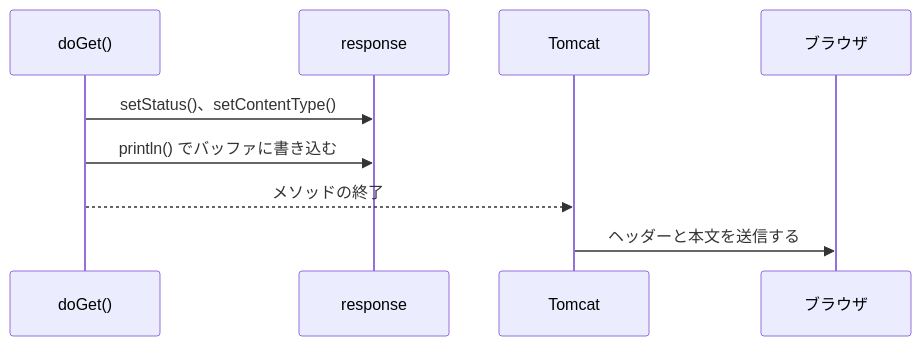
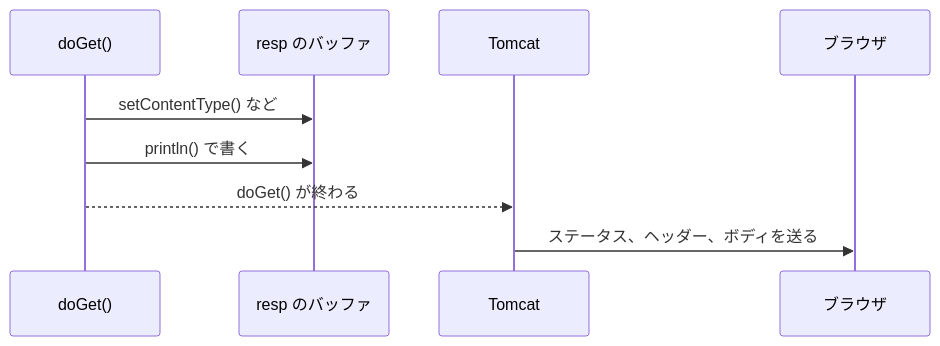
Before and after one commit to Appricot144/teaching-material: the diagram in servlet/04-html-response/03-response-commit.md, drawn with Mermaid. The commit also changed other lines of this file and 3 other files, not shown here.

````diff
--- a/servlet/04-html-response/03-response-commit.md
+++ b/servlet/04-html-response/03-response-commit.md
@@ -11,11 +13,11 @@
 ```mermaid
 sequenceDiagram
     participant S as doGet()
-    participant R as response
+    participant R as resp のバッファ
     participant T as Tomcat
     participant B as ブラウザ
-    S->>R: setStatus()、setContentType()
-    S->>R: println() でバッファに書き込む
-    S-->>T: メソッドの終了
-    T->>B: ヘッダーと本文を送信する
+    S->>R: setContentType() など
+    S->>R: println() で書く
+    S-->>T: doGet() が終わる
+    T->>B: ステータス、ヘッダー、ボディを送る
 ```
````
